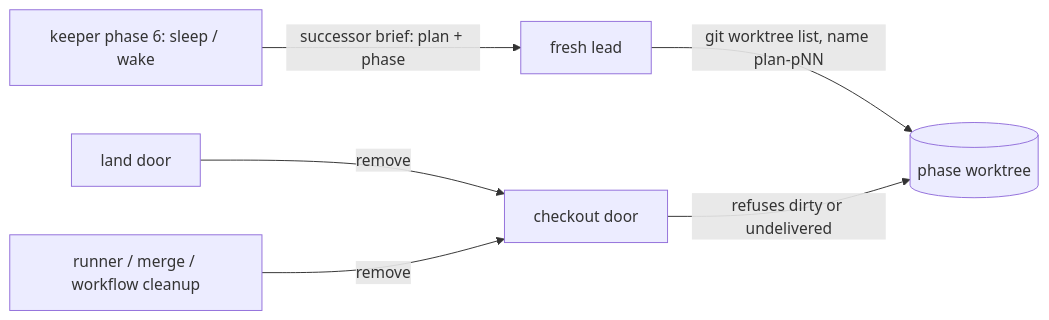
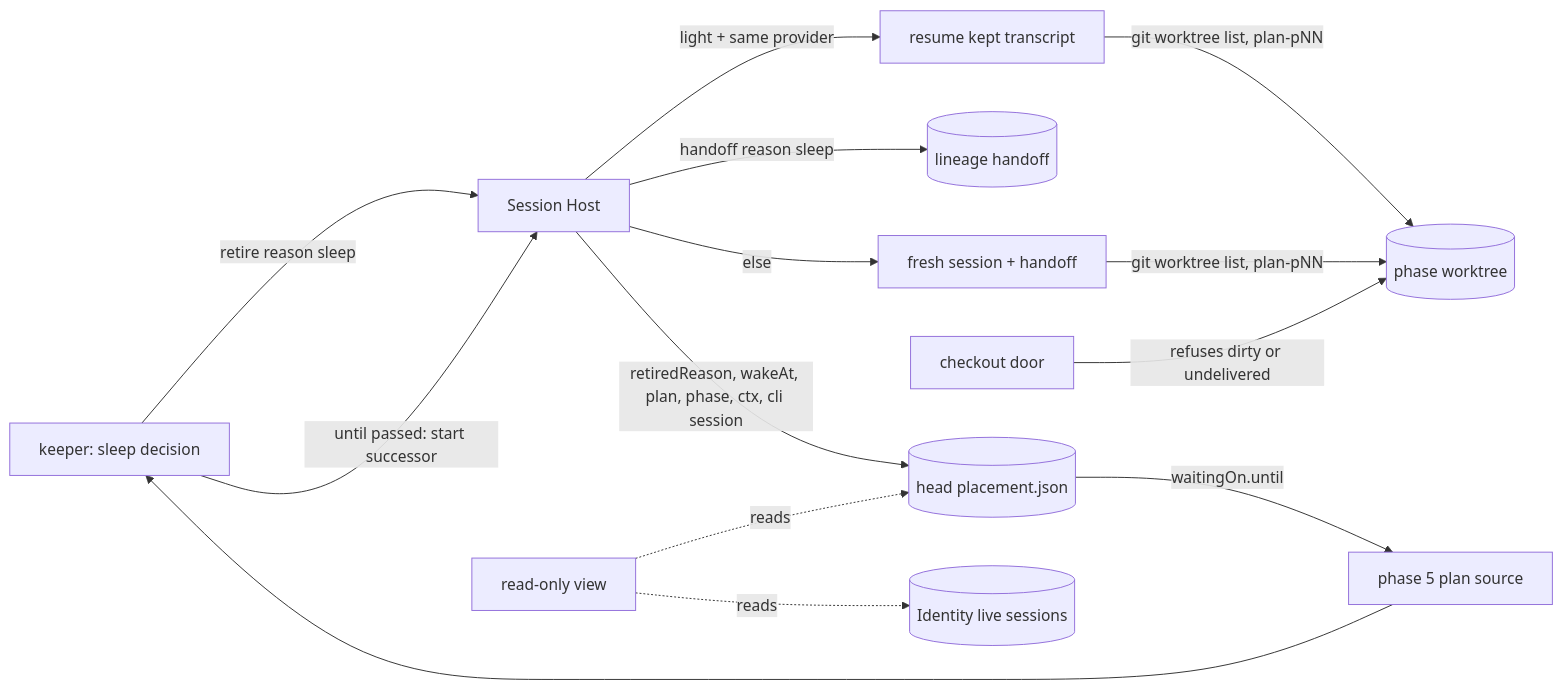
The diagram in plans/discussions/ds-6psli4i4xl-workspace-ownership-survey-for-sleeping-leads/DISCUSSION.md (vantt/forgent), drawn with Mermaid before and after one commit. The commit also changed other lines of this file, not shown here.

Commit message:
docs(discussion): settle the sleeping lead workspace survey as phase 6 amendments of the orchestration skeleton plan

````diff
--- a/plans/discussions/ds-6psli4i4xl-workspace-ownership-survey-for-sleeping-leads/DISCUSSION.md
+++ b/plans/discussions/ds-6psli4i4xl-workspace-ownership-survey-for-sleeping-leads/DISCUSSION.md
@@ -111,8 +152,14 @@
 ```mermaid
 flowchart LR
-  K[keeper phase 6: sleep / wake] -->|successor brief: plan + phase| L[fresh lead]
-  L -->|git worktree list, name plan-pNN| W[(phase worktree)]
-  Land[land door] -->|remove| C[checkout door]
-  Orphan[runner / merge / workflow cleanup] -->|remove| C
-  C -->|refuses dirty or undelivered| W
+  K[keeper: sleep decision] -->|retire reason sleep| SH[Session Host]
+  SH -->|retiredReason, wakeAt, plan, phase, ctx, cli session| P[(head placement.json)]
+  SH -->|handoff reason sleep| H[(lineage handoff)]
+  P -->|waitingOn.until| PS[phase 5 plan source] --> K
+  K -->|until passed: start successor| SH
+  SH -->|light + same provider| R[resume kept transcript]
+  SH -->|else| F[fresh session + handoff]
+  R & F -->|git worktree list, plan-pNN| W[(phase worktree)]
+  C[checkout door] -->|refuses dirty or undelivered| W
+  V[read-only view] -.reads.-> P
+  V -.reads.-> I[(Identity live sessions)]
 ```
````
